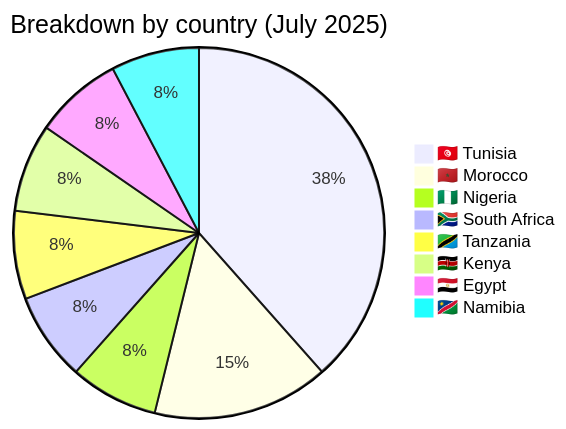
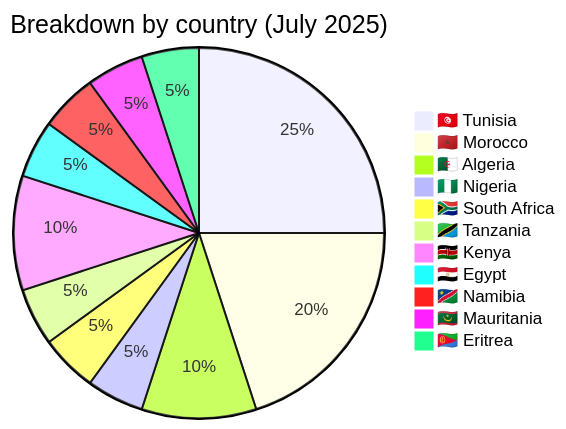
One commit to Hatchepsoute/AFRINTEL changed the third of 5 diagrams in CyberAttackAfrica/2025/07-july/README.md. Above: the diagram before and after it, drawn with Mermaid. The commit also changed other lines of this file and 255 other files, not shown here.

````diff
--- a/CyberAttackAfrica/2025/07-july/README.md
+++ b/CyberAttackAfrica/2025/07-july/README.md
@@ -79,11 +102,14 @@
 ```mermaid
 pie title Breakdown by country (July 2025)
     "🇹🇳 Tunisia" : 5
-    "🇲🇦 Morocco" : 2
+    "🇲🇦 Morocco" : 4
+    "🇩🇿 Algeria" : 2
     "🇳🇬 Nigeria" : 1
     "🇿🇦 South Africa" : 1
     "🇹🇿 Tanzania" : 1
-    "🇰🇪 Kenya" : 1
+    "🇰🇪 Kenya" : 2
     "🇪🇬 Egypt" : 1
     "🇳🇦 Namibia" : 1
+    "🇲🇷 Mauritania" : 1
+    "🇪🇷 Eritrea" : 1
 ```
````
